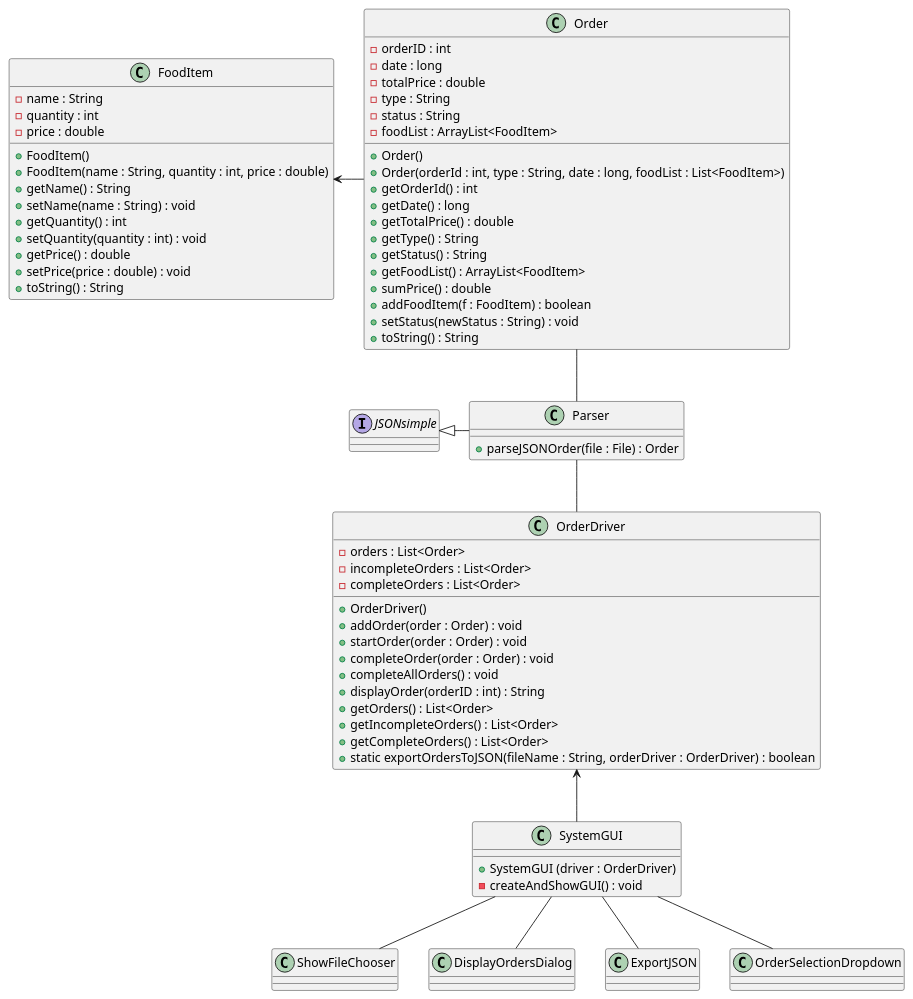
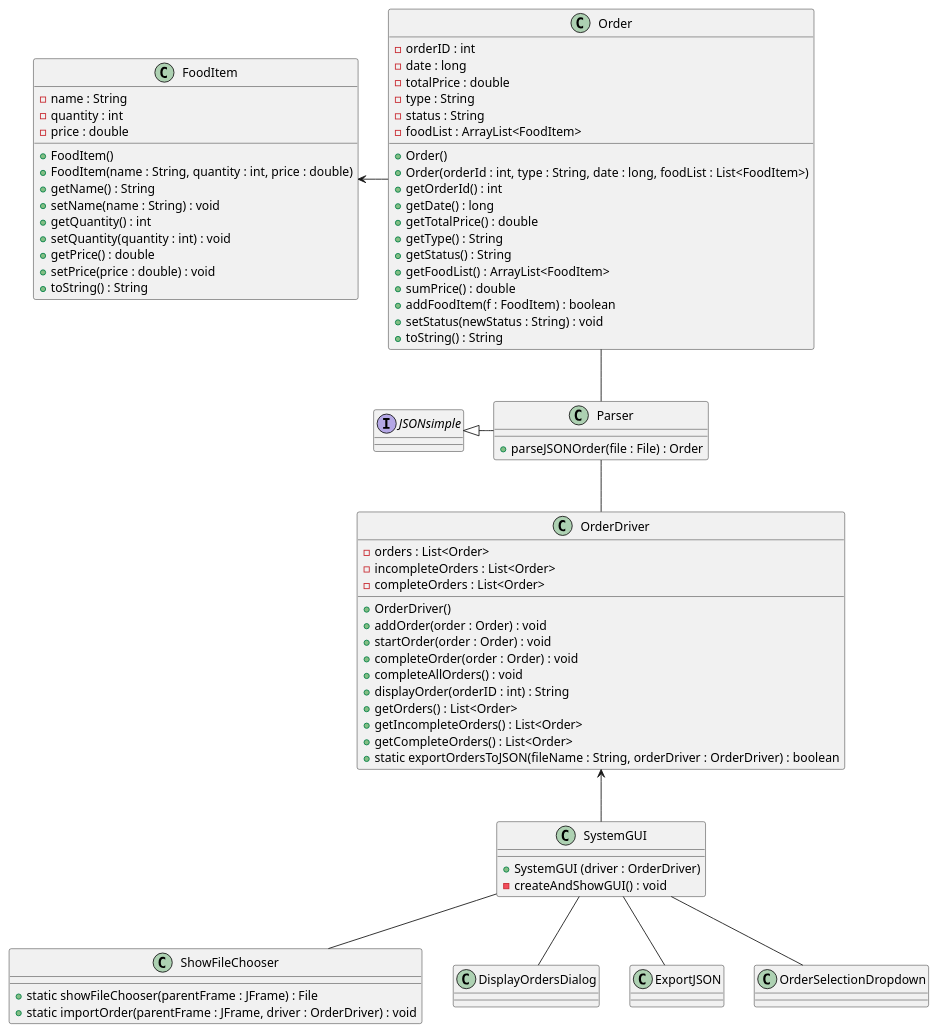
Before and after one commit to aidanmahl/372GroupProject: the diagram in code/src/main/java/Design/ClassUMLDiagram.puml, drawn with PlantUML.

```diff
--- a/code/src/main/java/Design/ClassUMLDiagram.puml
+++ b/code/src/main/java/Design/ClassUMLDiagram.puml
@@ -1,98 +1,99 @@
 @startuml
 'https://plantuml.com/class-diagram
 
 class Parser
 class FoodItem
 class Order
 class OrderDriver
 
 class SystemGUI
 class ShowFileChooser
 class DisplayOrdersDialog
 class ExportJSON
 class OrderSelectionDropdown
 
 interface JSONsimple
 
 
 JSONsimple <|- Parser
 Order -- Parser
 FoodItem <- Order
 Parser -- OrderDriver
 
 OrderDriver <-- SystemGUI
 
 SystemGUI -- ShowFileChooser
 SystemGUI -- DisplayOrdersDialog
 SystemGUI -- ExportJSON
 SystemGUI -- OrderSelectionDropdown
 
 class FoodItem {
 - name : String
 - quantity : int
 - price : double
 
 + FoodItem()
 + FoodItem(name : String, quantity : int, price : double)
 + getName() : String
 + setName(name : String) : void
 + getQuantity() : int
 + setQuantity(quantity : int) : void
 + getPrice() : double
 + setPrice(price : double) : void
 + toString() : String
 }
 
 class Order {
 - orderID : int
 - date : long
 - totalPrice : double
 - type : String
 - status : String
 - foodList : ArrayList<FoodItem>
 
 + Order()
 + Order(orderId : int, type : String, date : long, foodList : List<FoodItem>)
 + getOrderId() : int
 + getDate() : long
 + getTotalPrice() : double
 + getType() : String
 + getStatus() : String
 + getFoodList() : ArrayList<FoodItem>
 + sumPrice() : double
 + addFoodItem(f : FoodItem) : boolean
 + setStatus(newStatus : String) : void
 + toString() : String
 }
 
 class Parser {
 + parseJSONOrder(file : File) : Order
 }
 
 class OrderDriver {
 - orders : List<Order>
 - incompleteOrders : List<Order>
 - completeOrders : List<Order>
 
 + OrderDriver()
 + addOrder(order : Order) : void
 + startOrder(order : Order) : void
 + completeOrder(order : Order) : void
 + completeAllOrders() : void
 + displayOrder(orderID : int) : String
 + getOrders() : List<Order>
 + getIncompleteOrders() : List<Order>
 + getCompleteOrders() : List<Order>
 + static exportOrdersToJSON(fileName : String, orderDriver : OrderDriver) : boolean
 }
 
 class SystemGUI {
 + SystemGUI (driver : OrderDriver)
 - createAndShowGUI() : void
 }
 
 class ShowFileChooser {
-
++ static showFileChooser(parentFrame : JFrame) : File
++ static importOrder(parentFrame : JFrame, driver : OrderDriver) : void
 }
 
 @enduml
```
